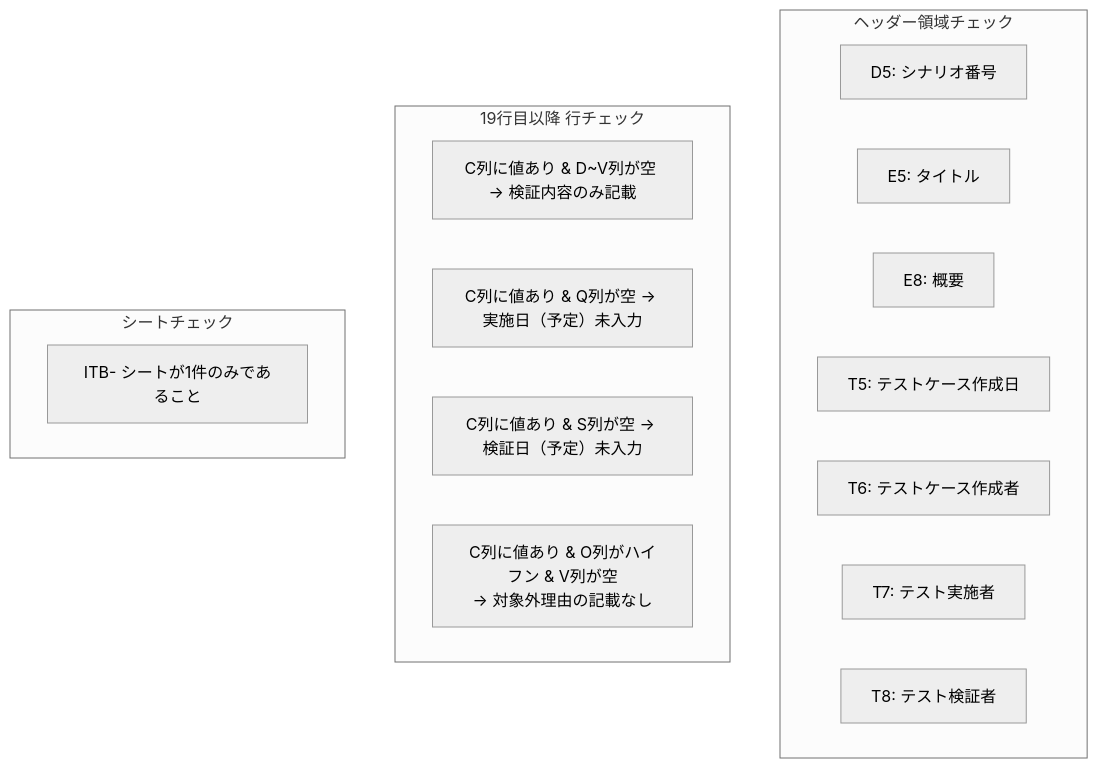
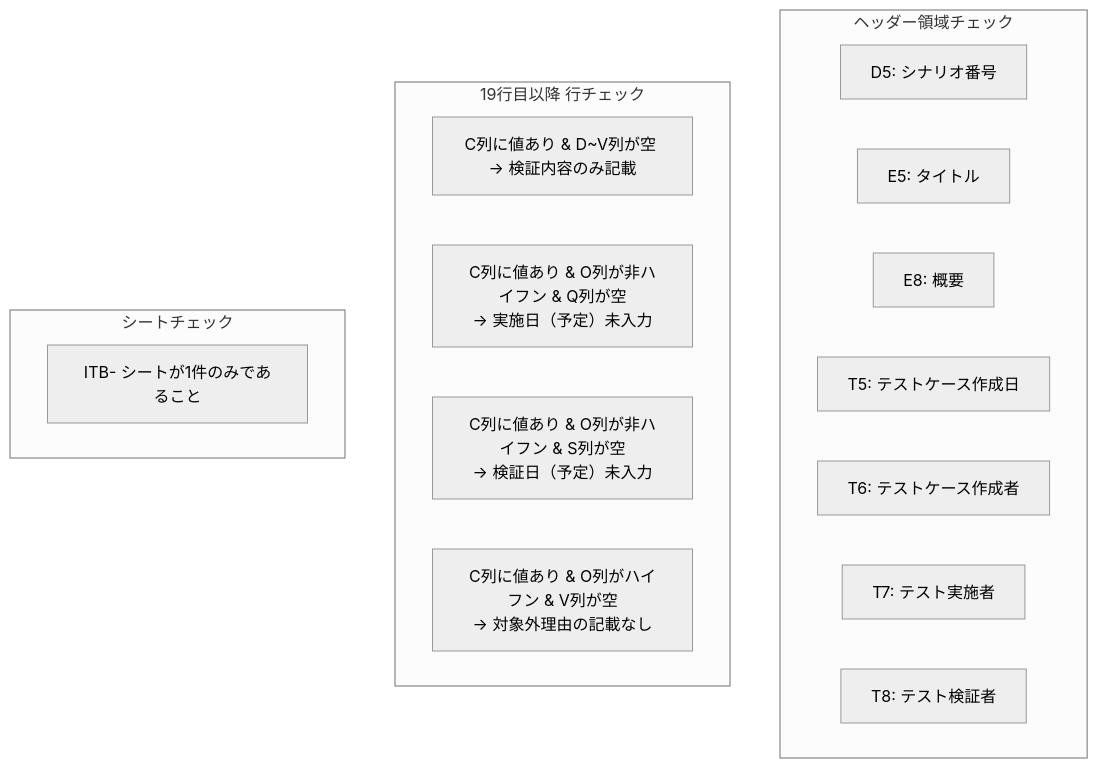
One commit to makio-dev/test-progress-checker changed the third of 5 diagrams in README.md. Above: the diagram before and after it, drawn with Mermaid (neutral theme). The commit also changed other lines of this file and 1 other file, not shown here.

Commit message:
fix: O列がハイフンの場合はQ,S列チェックをスキップ
実施対象外ケース(O列がハイフン)は実施日・検証日の予定入力が不要

````diff
--- a/README.md
+++ b/README.md
@@ -58,23 +58,23 @@
 ```mermaid
 flowchart TD
     subgraph header["ヘッダー領域チェック"]
         H1["D5: シナリオ番号"]
         H2["E5: タイトル"]
         H3["E8: 概要"]
         H4["T5: テストケース作成日"]
         H5["T6: テストケース作成者"]
         H6["T7: テスト実施者"]
         H7["T8: テスト検証者"]
     end
 
     subgraph rows["19行目以降 行チェック"]
         R1["C列に値あり & D~V列が空 → 検証内容のみ記載"]
-        R3["C列に値あり & Q列が空 → 実施日（予定）未入力"]
-        R4["C列に値あり & S列が空 → 検証日（予定）未入力"]
+        R3["C列に値あり & O列が非ハイフン & Q列が空\n→ 実施日（予定）未入力"]
+        R4["C列に値あり & O列が非ハイフン & S列が空\n→ 検証日（予定）未入力"]
         R5["C列に値あり & O列がハイフン & V列が空\n→ 対象外理由の記載なし"]
     end
 
     subgraph sheet["シートチェック"]
         S1["ITB- シートが1件のみであること"]
     end
 ```
````
